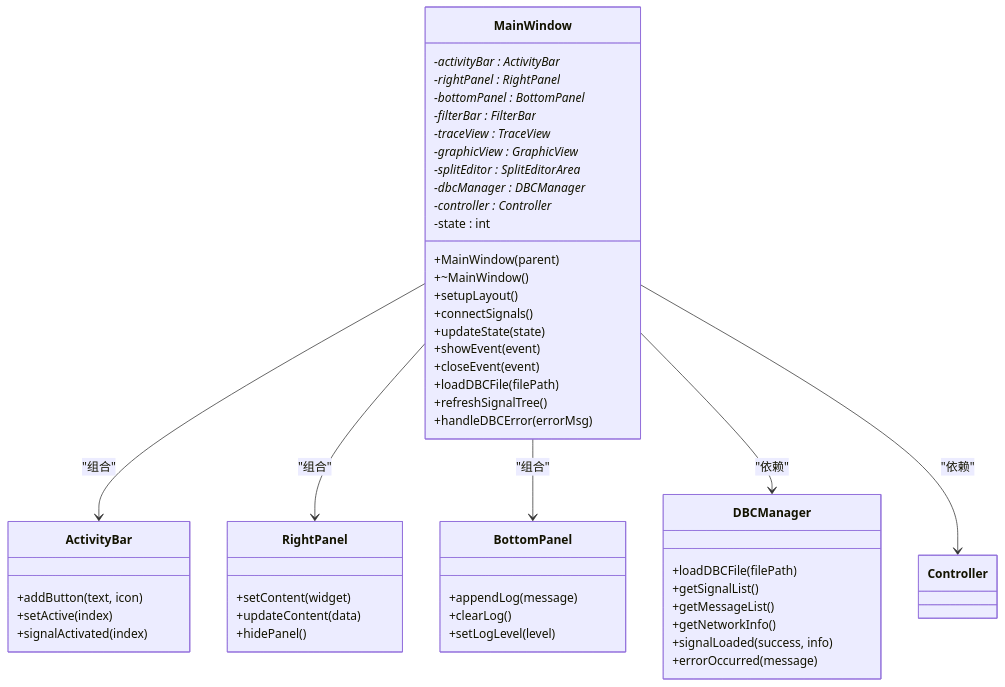
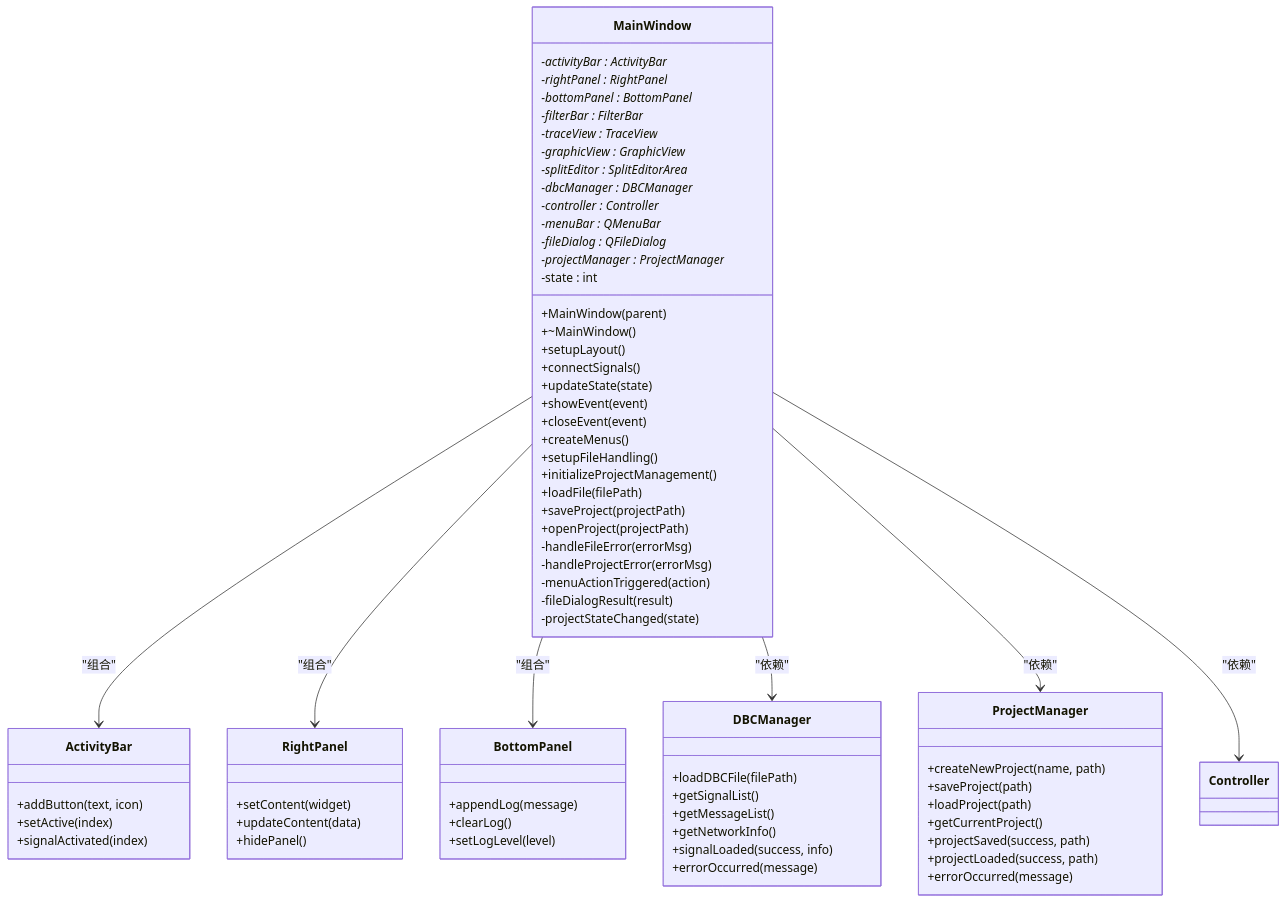
The third of 7 diagrams in .qoder/repowiki/zh/content/核心模块详解/主窗口组件.md (jakecai1225-design/OpenBus), drawn with Mermaid before and after one commit. The commit also changed other lines of this file and 18 other files, not shown here.

````diff
--- a/.qoder/repowiki/zh/content/核心模块详解/主窗口组件.md
+++ b/.qoder/repowiki/zh/content/核心模块详解/主窗口组件.md
@@ -176,53 +191,74 @@
 ```mermaid
 classDiagram
 class MainWindow {
 +MainWindow(parent)
 +~MainWindow()
 +setupLayout()
 +connectSignals()
 +updateState(state)
 +showEvent(event)
 +closeEvent(event)
-+loadDBCFile(filePath)
-+refreshSignalTree()
-+handleDBCError(errorMsg)
++createMenus()
++setupFileHandling()
++initializeProjectManagement()
++loadFile(filePath)
++saveProject(projectPath)
++openProject(projectPath)
+-handleFileError(errorMsg)
+-handleProjectError(errorMsg)
+-menuActionTriggered(action)
+-fileDialogResult(result)
+-projectStateChanged(state)
 -activityBar : ActivityBar*
 -rightPanel : RightPanel*
 -bottomPanel : BottomPanel*
 -filterBar : FilterBar*
 -traceView : TraceView*
 -graphicView : GraphicView*
 -splitEditor : SplitEditorArea*
 -dbcManager : DBCManager*
 -controller : Controller*
+-menuBar : QMenuBar*
+-fileDialog : QFileDialog*
+-projectManager : ProjectManager*
 -state : int
+}
+class ProjectManager {
++createNewProject(name, path)
++saveProject(path)
++loadProject(path)
++getCurrentProject()
++projectSaved(success, path)
++projectLoaded(success, path)
++errorOccurred(message)
 }
 class DBCManager {
 +loadDBCFile(filePath)
 +getSignalList()
 +getMessageList()
 +getNetworkInfo()
 +signalLoaded(success, info)
 +errorOccurred(message)
 }
 class ActivityBar {
 +addButton(text, icon)
 +setActive(index)
 +signalActivated(index)
 }
 class RightPanel {
 +setContent(widget)
 +updateContent(data)
 +hidePanel()
 }
 class BottomPanel {
 +appendLog(message)
 +clearLog()
 +setLogLevel(level)
 }
 MainWindow --> ActivityBar : "组合"
 MainWindow --> RightPanel : "组合"
 MainWindow --> BottomPanel : "组合"
 MainWindow --> DBCManager : "依赖"
+MainWindow --> ProjectManager : "依赖"
 MainWindow --> Controller : "依赖"
 ```
````
